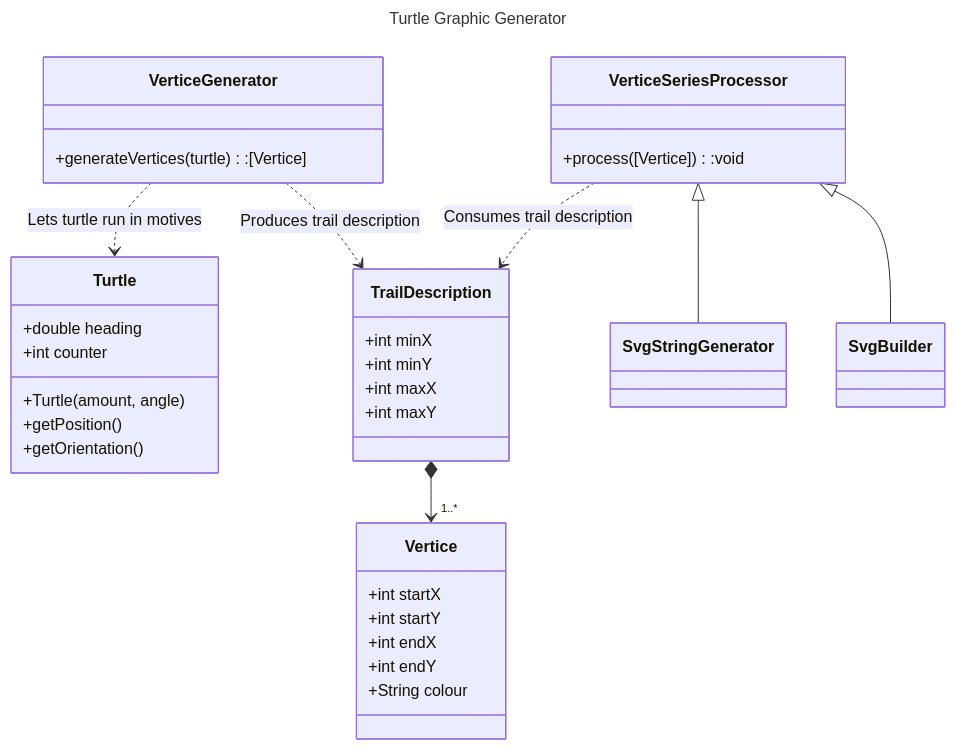
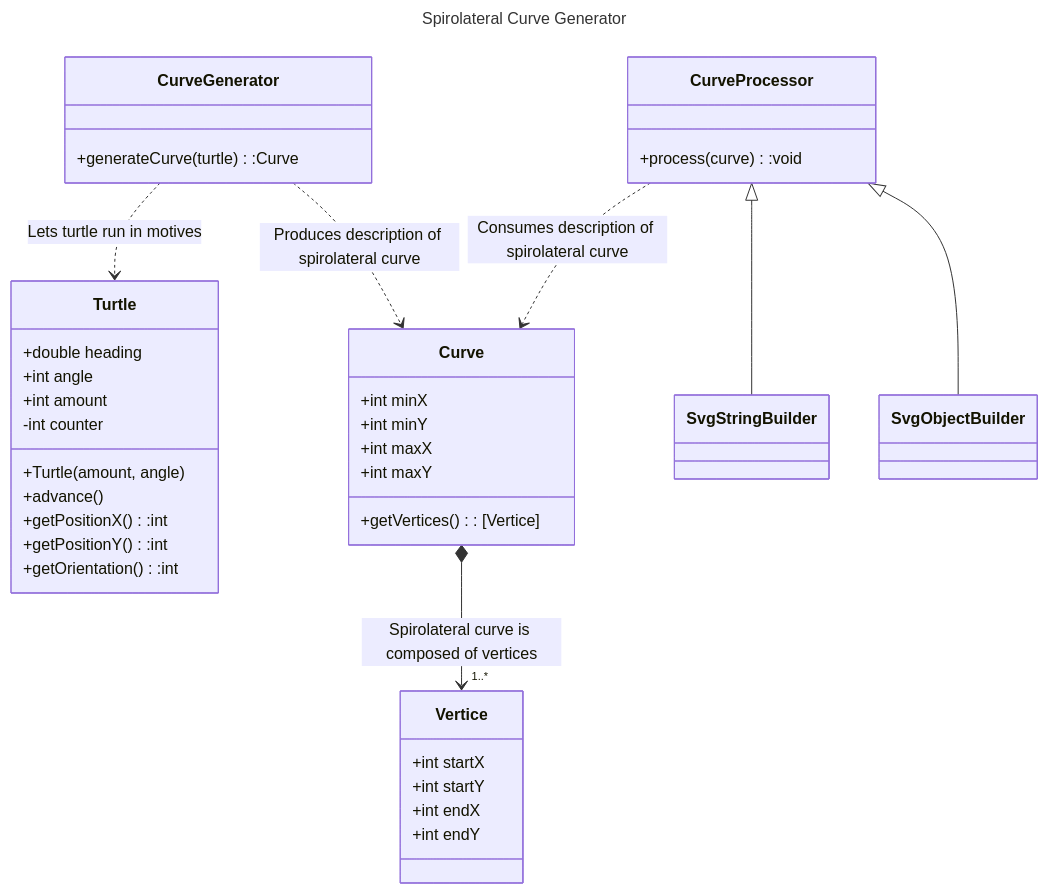
Before and after one commit to m5c/SpirolateralCurves: the diagram in README.md, drawn with Mermaid. The commit also changed other lines of this file, not shown here.

Commit message:
terminology updates

````diff
--- a/README.md
+++ b/README.md
@@ -65,44 +67,48 @@
 ```mermaid
 ---
-title: Turtle Graphic Generator
+title: Spirolateral Curve Generator
 ---
 classDiagram
-    class VerticeGenerator{
-        +generateVertices(turtle):[Vertice]
+    class CurveGenerator{
+        +generateCurve(turtle):Curve
     }
 
     class Turtle{
         +double heading
-        +int counter
+        +int angle
+        +int amount
+        -int counter
         +Turtle(amount, angle)
-        +getPosition()
-        +getOrientation()
+        +advance()
+        +getPositionX():int
+        +getPositionY():int
+        +getOrientation():int
     }
 
-    class TrailDescription {
+    class Curve {
         +int minX
         +int minY
         +int maxX
         +int maxY
+        +getVertices(): [Vertice]
     }
 
     class Vertice{
         +int startX
         +int startY
         +int endX
         +int endY
-        +String colour
     }
 
-    class VerticeSeriesProcessor{
-        +process([Vertice]):void
+    class CurveProcessor{
+        +process(curve):void
     }
 
 
-     VerticeSeriesProcessor <|-- SvgStringGenerator
-     VerticeSeriesProcessor <|-- SvgBuilder
-     VerticeGenerator ..> Turtle : Lets turtle run in motives
-     VerticeGenerator ..> TrailDescription : Produces trail description
-     VerticeSeriesProcessor ..> TrailDescription : Consumes trail description
-     TrailDescription *--> "1..*" Vertice
+     CurveProcessor <|-- SvgStringBuilder
+     CurveProcessor <|-- SvgObjectBuilder
+     CurveGenerator ..> Turtle : Lets turtle run in motives
+     CurveGenerator ..> Curve : Produces description of spirolateral curve
+     CurveProcessor ..> Curve : Consumes description of spirolateral curve
+     Curve *--> "1..*" Vertice : Spirolateral curve is composed of vertices
 ```
````
